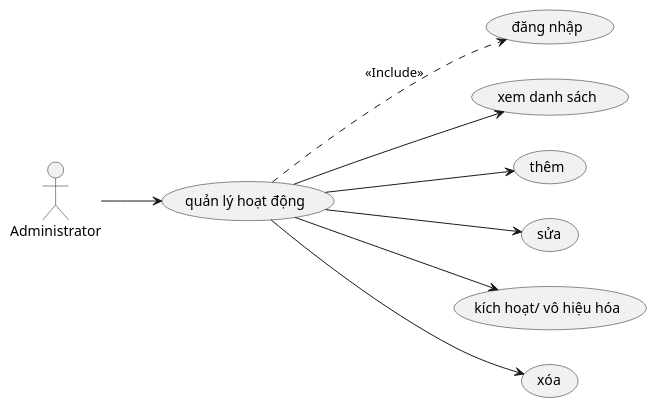
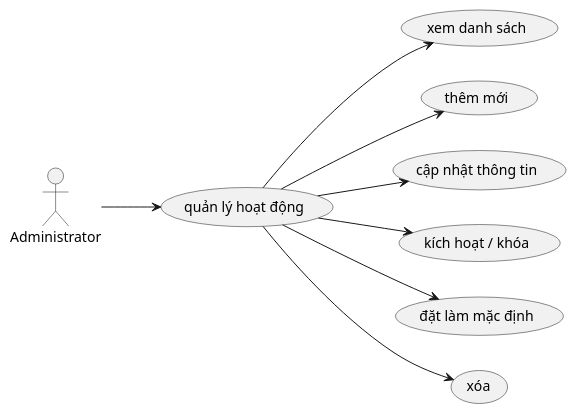
The diagram in docs/use-cases/07_quan_ly_hoat_dong.md (docuong039/worksphere), drawn with PlantUML before and after one commit. The commit also changed 26 other files, not shown here.

Commit message:
update diagram

````diff
--- a/docs/use-cases/07_quan_ly_hoat_dong.md
+++ b/docs/use-cases/07_quan_ly_hoat_dong.md
@@ -5,27 +5,26 @@
 ```plantuml
 @startuml
 left to right direction
 actor "Administrator" as Admin
 
-usecase "đăng nhập" as UC_Login
 usecase "quản lý hoạt động" as UC_ManageActivity
 
 ' Các use case con
 usecase "xem danh sách" as UC01
-usecase "thêm" as UC02
-usecase "sửa" as UC03
-usecase "kích hoạt/ vô hiệu hóa" as UC04
-usecase "xóa" as UC05
+usecase "thêm mới" as UC02
+usecase "cập nhật thông tin" as UC03
+usecase "kích hoạt / khóa" as UC04
+usecase "đặt làm mặc định" as UC05
+usecase "xóa" as UC06
 
 Admin --> UC_ManageActivity
 
 UC_ManageActivity --> UC01
 UC_ManageActivity --> UC02
 UC_ManageActivity --> UC03
 UC_ManageActivity --> UC04
 UC_ManageActivity --> UC05
-
-UC_ManageActivity ..> UC_Login : <<Include>>
+UC_ManageActivity --> UC06
 
 @enduml
 ```
````
